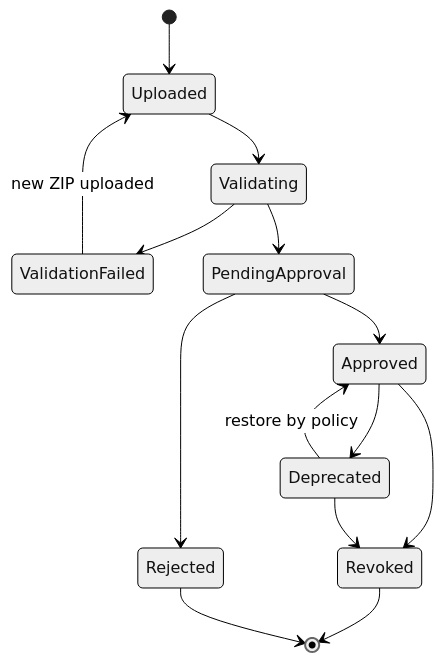
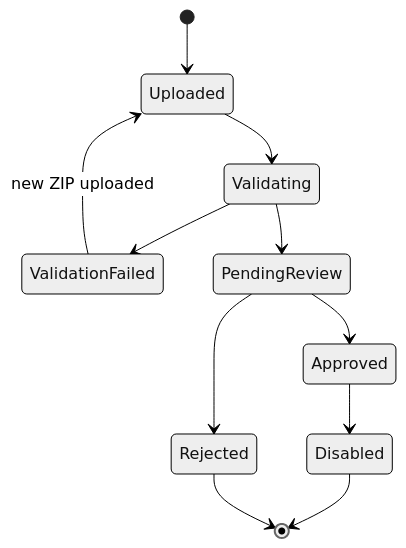
Before and after one commit to mdxz2048/podcast-hub: the first of 3 diagrams in docs/CONNECTOR_SPEC.md, drawn with Mermaid (neutral theme). The commit also changed other lines of this file and 35 other files, not shown here.

````diff
--- a/docs/CONNECTOR_SPEC.md
+++ b/docs/CONNECTOR_SPEC.md
@@ -266,16 +267,13 @@
 ```mermaid
 stateDiagram-v2
     [*] --> Uploaded
     Uploaded --> Validating
     Validating --> ValidationFailed
-    Validating --> PendingApproval
+    Validating --> PendingReview
     ValidationFailed --> Uploaded: new ZIP uploaded
-    PendingApproval --> Approved
-    PendingApproval --> Rejected
-    Approved --> Deprecated
-    Approved --> Revoked
-    Deprecated --> Revoked
-    Deprecated --> Approved: restore by policy
-    Revoked --> [*]
+    PendingReview --> Approved
+    PendingReview --> Rejected
+    Approved --> Disabled
+    Disabled --> [*]
     Rejected --> [*]
 ```
````
